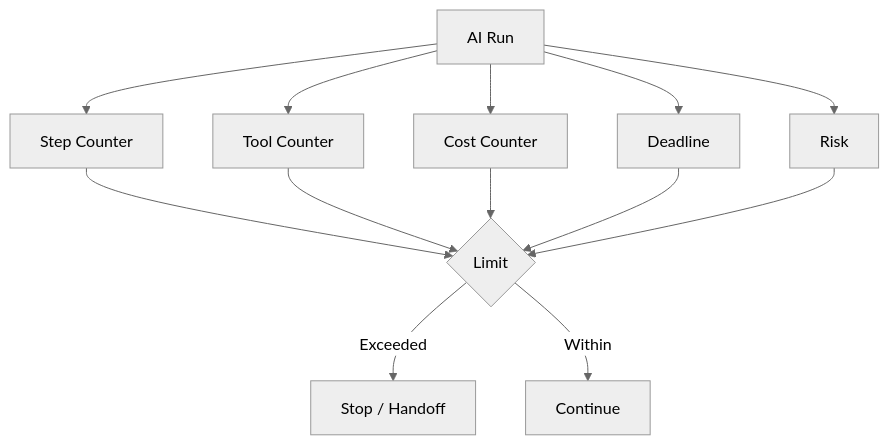
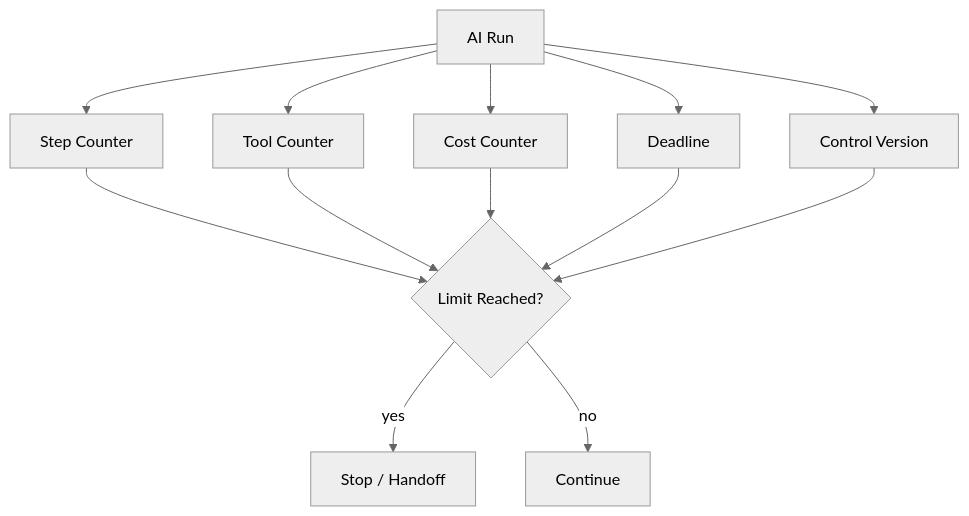
The second of 2 diagrams in docs/ai/guardrails.md (D-engahmed/OMILINKS), drawn with Mermaid (neutral theme) before and after one commit. The commit also changed other lines of this file and 2 other files, not shown here.

````diff
--- a/docs/ai/guardrails.md
+++ b/docs/ai/guardrails.md
@@ -117,15 +109,15 @@
-```mermaid
+~~~mermaid
 flowchart TD
-RUN[AI Run] --> STEPS[Step Counter]
+RUN[AI Run] --> STEP[Step Counter]
 RUN --> CALLS[Tool Counter]
 RUN --> COST[Cost Counter]
-RUN --> TIME[Deadline]
-RUN --> RISK[Risk]
-STEPS --> LIMIT{Limit}
+RUN --> DEADLINE[Deadline]
+RUN --> CONTROL[Control Version]
+STEP --> LIMIT{Limit Reached?}
 CALLS --> LIMIT
 COST --> LIMIT
-TIME --> LIMIT
-RISK --> LIMIT
-LIMIT -->|Exceeded| STOP[Stop / Handoff]
-LIMIT -->|Within| CONTINUE[Continue]
-```
+DEADLINE --> LIMIT
+CONTROL --> LIMIT
+LIMIT -->|yes| STOP[Stop / Handoff]
+LIMIT -->|no| CONTINUE[Continue]
+~~~
````
